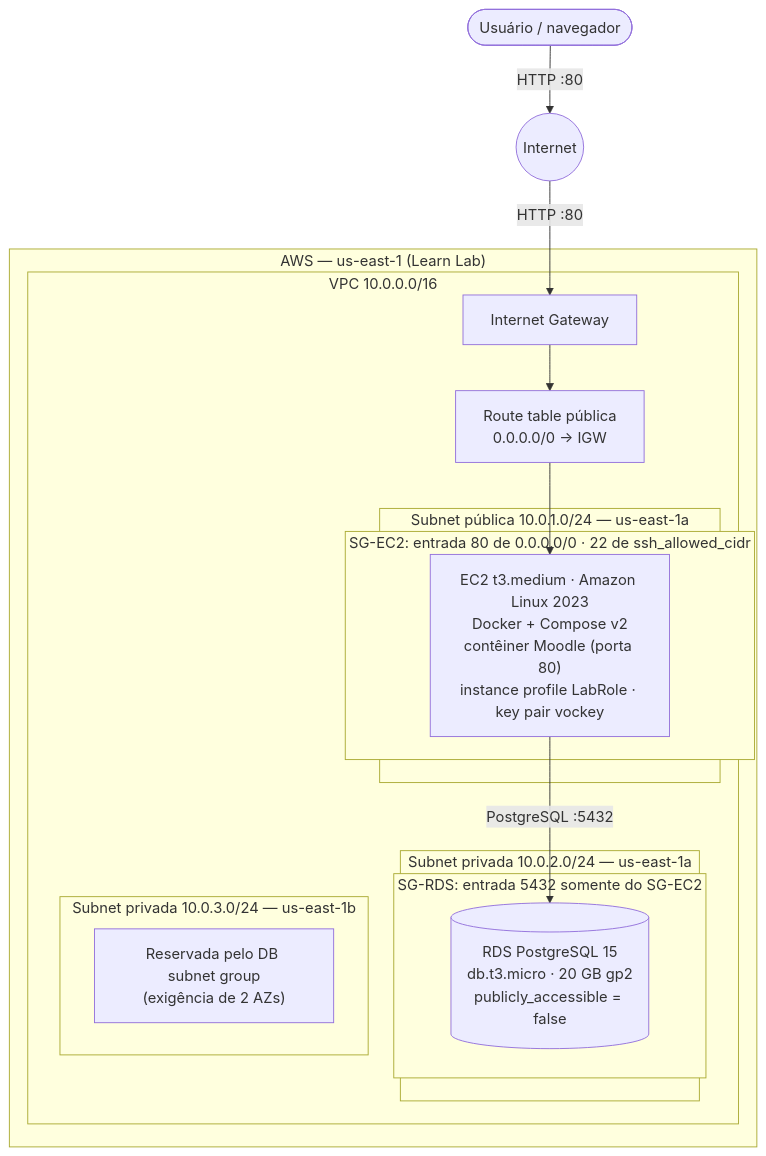
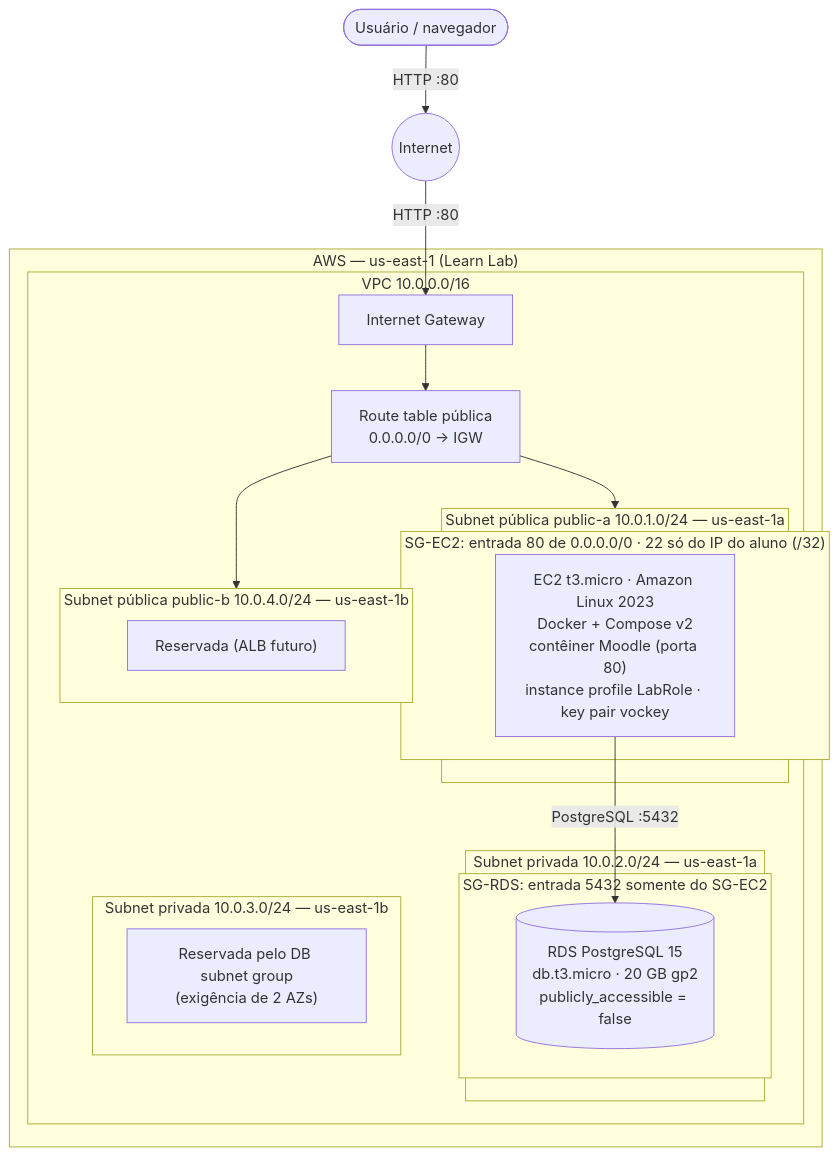
Before and after one commit to lucaskenway/implement_Moodle: the diagram in docs/architecture-design.md, drawn with Mermaid. The commit also changed other lines of this file and 1 other file, not shown here.

Commit message:
docs(arch): atualiza arquitetura P2 (2 subnets publicas, t3.micro, ssh /32, disco 20 GB) e link real do Pricing Calculator

````diff
--- a/docs/architecture-design.md
+++ b/docs/architecture-design.md
@@ -20,34 +20,39 @@
 ```mermaid
 flowchart TB
     user(["Usuário / navegador"])
     internet(("Internet"))
     user -->|"HTTP :80"| internet
 
     subgraph aws["AWS — us-east-1 (Learn Lab)"]
         subgraph vpc["VPC 10.0.0.0/16"]
             igw["Internet Gateway"]
             rt["Route table pública<br/>0.0.0.0/0 → IGW"]
 
-            subgraph pub["Subnet pública 10.0.1.0/24 — us-east-1a"]
-                subgraph sgec2["SG-EC2: entrada 80 de 0.0.0.0/0 · 22 de ssh_allowed_cidr"]
-                    ec2["EC2 t3.medium · Amazon Linux 2023<br/>Docker + Compose v2<br/>contêiner Moodle (porta 80)<br/>instance profile LabRole · key pair vockey"]
+            subgraph pubA["Subnet pública public-a 10.0.1.0/24 — us-east-1a"]
+                subgraph sgec2["SG-EC2: entrada 80 de 0.0.0.0/0 · 22 só do IP do aluno (/32)"]
+                    ec2["EC2 t3.micro · Amazon Linux 2023<br/>Docker + Compose v2<br/>contêiner Moodle (porta 80)<br/>instance profile LabRole · key pair vockey"]
                 end
+            end
+
+            subgraph pubB["Subnet pública public-b 10.0.4.0/24 — us-east-1b"]
+                alb["Reservada (ALB futuro)"]
             end
 
             subgraph privA["Subnet privada 10.0.2.0/24 — us-east-1a"]
                 subgraph sgrds["SG-RDS: entrada 5432 somente do SG-EC2"]
                     rds[("RDS PostgreSQL 15<br/>db.t3.micro · 20 GB gp2<br/>publicly_accessible = false")]
                 end
             end
 
             subgraph privB["Subnet privada 10.0.3.0/24 — us-east-1b"]
                 standby["Reservada pelo DB subnet group<br/>(exigência de 2 AZs)"]
             end
         end
     end
 
     internet -->|"HTTP :80"| igw
     igw --> rt
-    rt --> ec2
+    rt --> pubA
+    rt --> pubB
     ec2 -->|"PostgreSQL :5432"| rds
 ```
````
